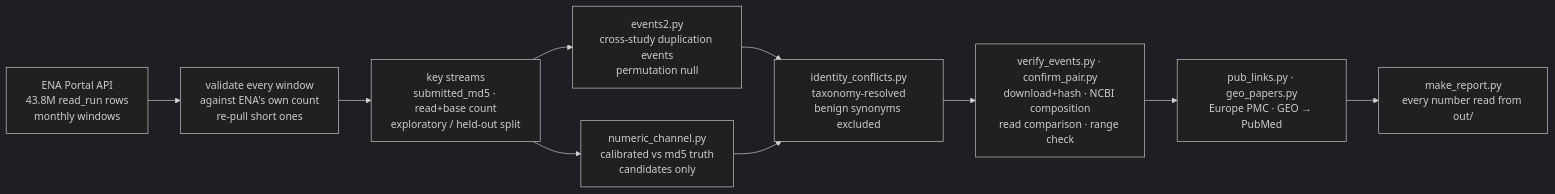
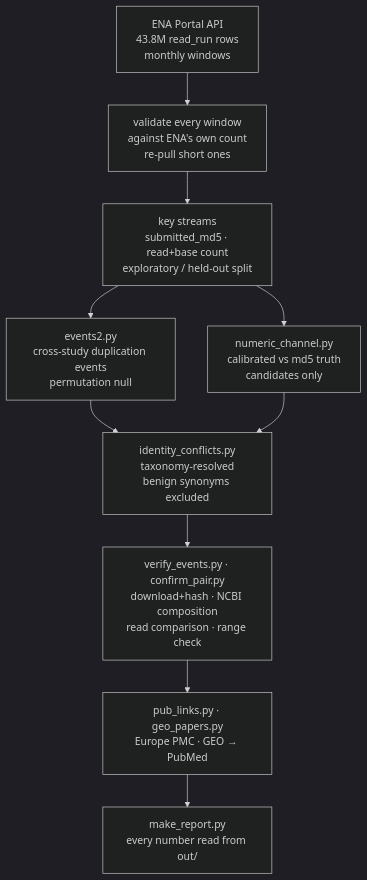
The diagram in README.md (RedCat888/insdc-duplicate-census), drawn with Mermaid (dark theme) before and after one commit.

Commit message:
README: top-down pipeline diagram

````diff
--- a/README.md
+++ b/README.md
@@ -68,12 +68,12 @@
 ```mermaid
-flowchart LR
+flowchart TB
     A[ENA Portal API<br/>43.8M read_run rows<br/>monthly windows] --> B[validate every window<br/>against ENA's own count<br/>re-pull short ones]
     B --> C[key streams<br/>submitted_md5 · read+base count<br/>exploratory / held-out split]
     C --> D[events2.py<br/>cross-study duplication events<br/>permutation null]
     C --> E[numeric_channel.py<br/>calibrated vs md5 truth<br/>candidates only]
     D --> F[identity_conflicts.py<br/>taxonomy-resolved<br/>benign synonyms excluded]
     E --> F
     F --> G[verify_events.py · confirm_pair.py<br/>download+hash · NCBI composition<br/>read comparison · range check]
     G --> H[pub_links.py · geo_papers.py<br/>Europe PMC · GEO → PubMed]
     H --> I[make_report.py<br/>every number read from out/]
 ```
````
